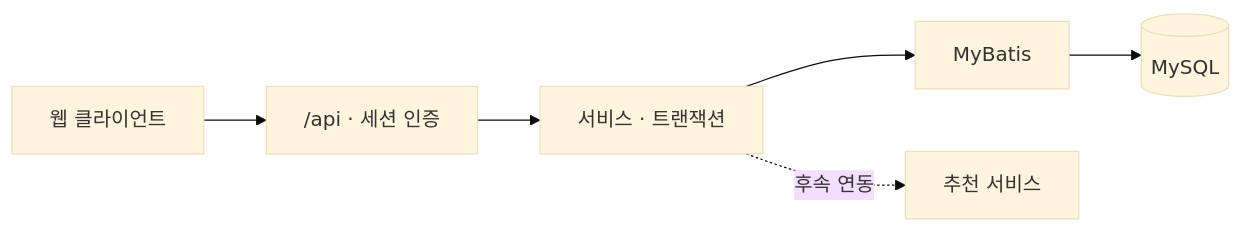
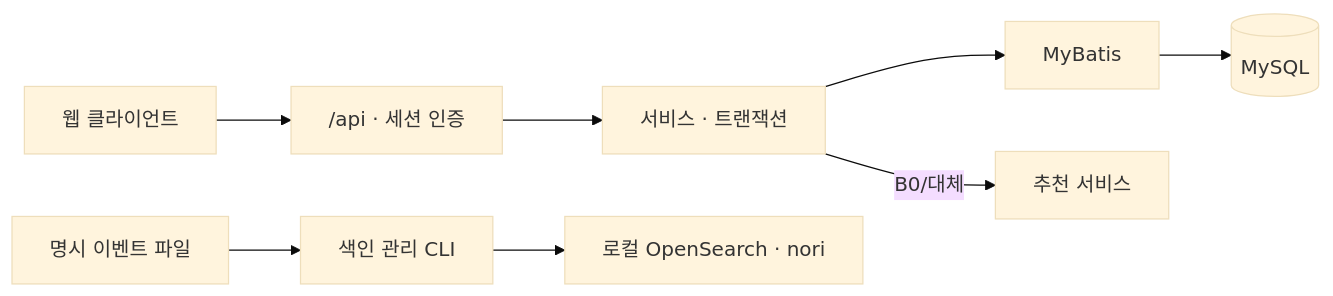
One commit to Pubburi/Backend changed the diagram in README.md. Above: the diagram before and after it, drawn with Mermaid (base theme). The commit also changed other lines of this file and 14 other files, not shown here.

```diff
--- a/README.md
+++ b/README.md
@@ -68,8 +70,10 @@
 ~~~mermaid
 flowchart LR
     Web["웹 클라이언트"] --> API["/api · 세션 인증"]
     API --> Service["서비스 · 트랜잭션"]
     Service --> Mapper["MyBatis"]
     Mapper --> DB[("MySQL")]
-    Service -. "후속 연동" .-> Recommendation["추천 서비스"]
+    Service -->|B0/대체| Recommendation["추천 서비스"]
+    Events["명시 이벤트 파일"] --> CLI["색인 관리 CLI"]
+    CLI --> Search["로컬 OpenSearch · nori"]
 ~~~
```
